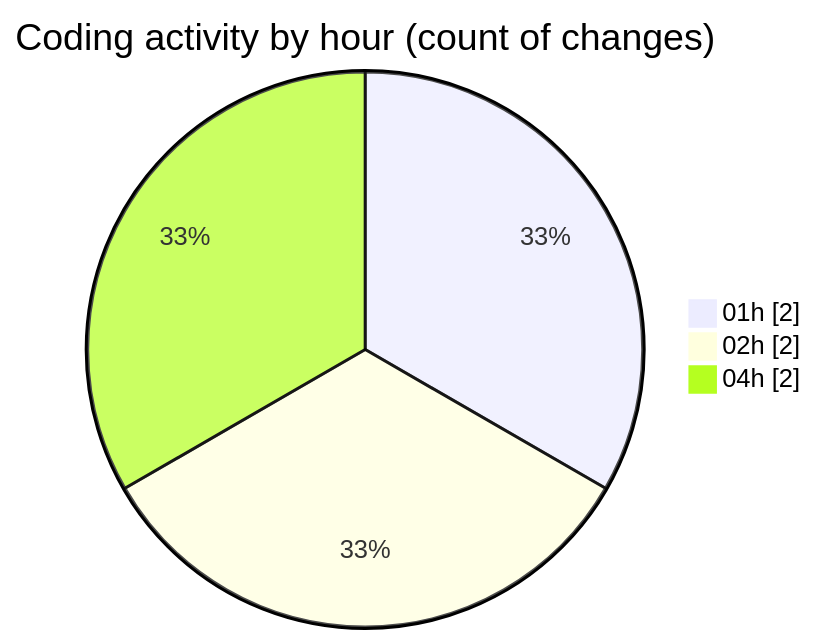
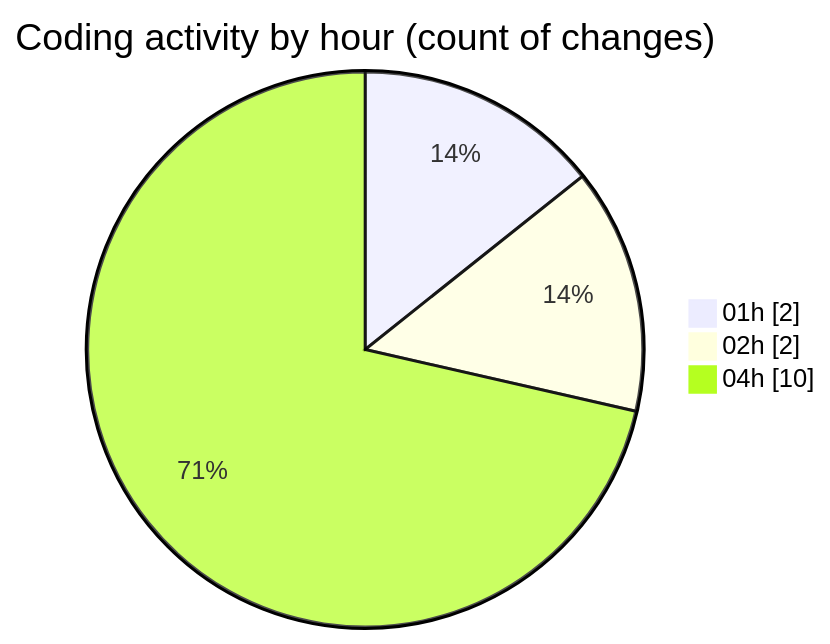
Before and after one commit to tmsrecording-cyber/code-tracking: the second of 2 diagrams in 2026-02-05/singularitybrainai/README.md, drawn with Mermaid. The commit also changed other lines of this file and 1 other file, not shown here.

````diff
--- a/2026-02-05/singularitybrainai/README.md
+++ b/2026-02-05/singularitybrainai/README.md
@@ -28,7 +30,7 @@
 ```mermaid
 pie showData
 title Coding activity by hour (count of changes)
 "01h" : 2
 "02h" : 2
-"04h" : 2
+"04h" : 10
 ```
````
